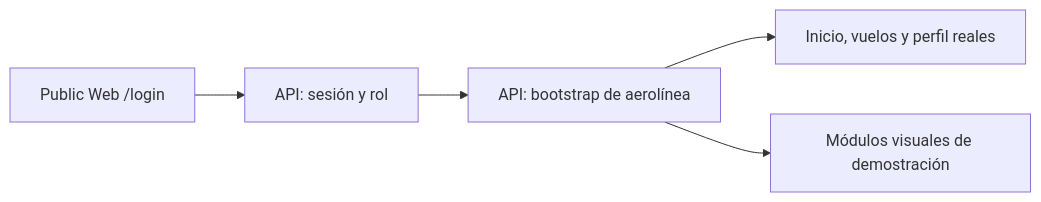
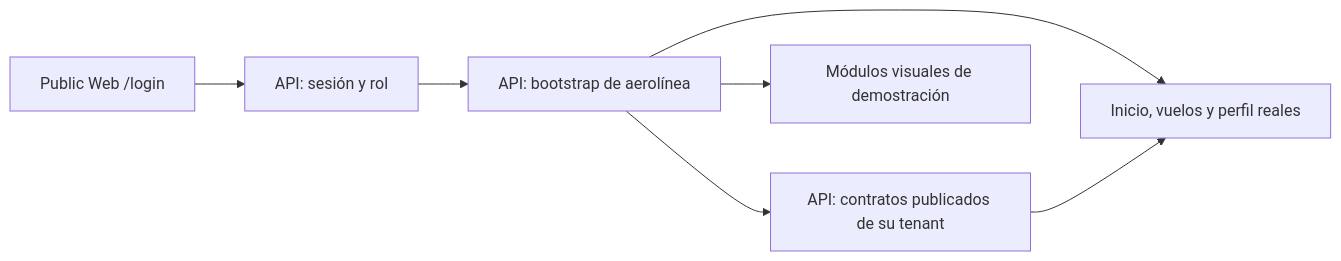
Before and after one commit to ErickEduardo027/ELEVANT: the diagram in Vault/05-aplicaciones/public-web-portal.md, drawn with Mermaid. The commit also changed other lines of this file and 2 other files, not shown here.

````diff
--- a/Vault/05-aplicaciones/public-web-portal.md
+++ b/Vault/05-aplicaciones/public-web-portal.md
@@ -58,7 +64,9 @@
 ```mermaid
 flowchart LR
     L[Public Web /login] --> A[API: sesión y rol]
     A --> B[API: bootstrap de aerolínea]
     B --> R[Inicio, vuelos y perfil reales]
+    B --> C[API: contratos publicados de su tenant]
+    C --> R
     B --> P[Módulos visuales de demostración]
 ```
````
